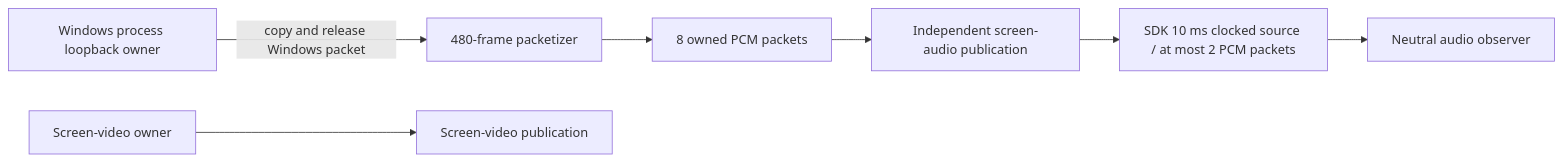
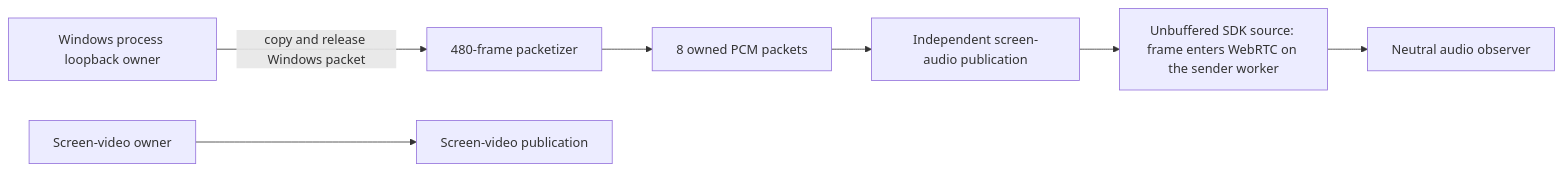
The diagram in docs/native-v2/SCREEN_AUDIO.md (syrnike13/syrnike13-app), drawn with Mermaid before and after one commit. The commit also changed other lines of this file and 1 other file, not shown here.

````diff
--- a/docs/native-v2/SCREEN_AUDIO.md
+++ b/docs/native-v2/SCREEN_AUDIO.md
@@ -26,9 +26,9 @@
 ```mermaid
 flowchart LR
   W[Windows process loopback owner] -->|copy and release Windows packet| P[480-frame packetizer]
   P --> Q[8 owned PCM packets]
   Q --> A[Independent screen-audio publication]
-  A --> S[SDK 10 ms clocked source / at most 2 PCM packets]
+  A --> S[Unbuffered SDK source: frame enters WebRTC on the sender worker]
   S --> O[Neutral audio observer]
   V[Screen-video owner] --> VP[Screen-video publication]
 ```
````
